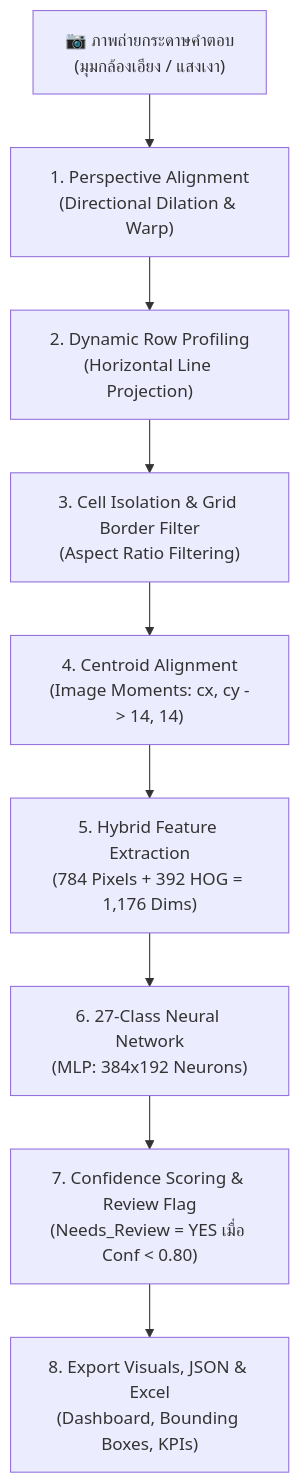
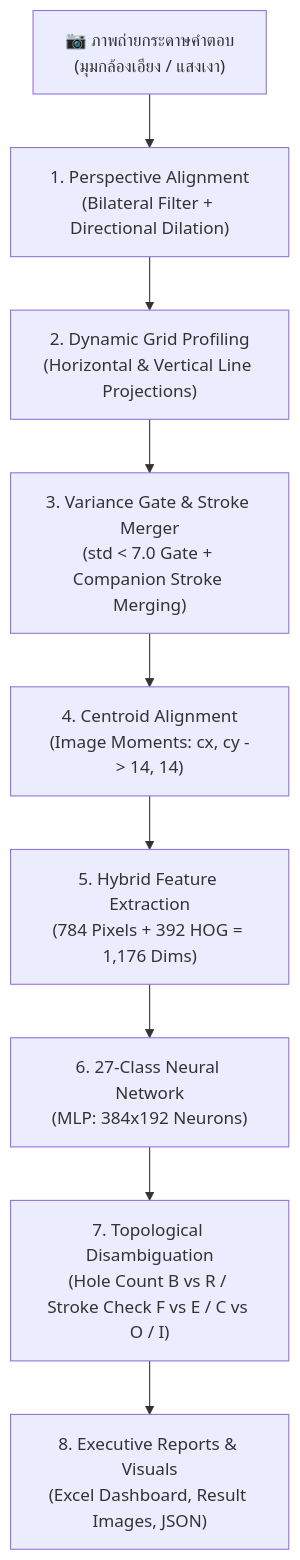
Before and after one commit to 67160213-ux/Project_CV: the diagram in README.md, drawn with Mermaid. The commit also changed other lines of this file and 12 other files, not shown here.

````diff
--- a/README.md
+++ b/README.md
@@ -35,11 +44,11 @@
 ```mermaid
 graph TD
-    A["📷 ภาพถ่ายกระดาษคำตอบ<br/>(มุมกล้องเอียง / แสงเงา)"] --> B["1. Perspective Alignment<br/>(Directional Dilation & Warp)"]
-    B --> C["2. Dynamic Row Profiling<br/>(Horizontal Line Projection)"]
-    C --> D["3. Cell Isolation & Grid Border Filter<br/>(Aspect Ratio Filtering)"]
+    A["📷 ภาพถ่ายกระดาษคำตอบ<br/>(มุมกล้องเอียง / แสงเงา)"] --> B["1. Perspective Alignment<br/>(Bilateral Filter + Directional Dilation)"]
+    B --> C["2. Dynamic Grid Profiling<br/>(Horizontal & Vertical Line Projections)"]
+    C --> D["3. Variance Gate & Stroke Merger<br/>(std < 7.0 Gate + Companion Stroke Merging)"]
     D --> E["4. Centroid Alignment<br/>(Image Moments: cx, cy -> 14, 14)"]
     E --> F["5. Hybrid Feature Extraction<br/>(784 Pixels + 392 HOG = 1,176 Dims)"]
     F --> G["6. 27-Class Neural Network<br/>(MLP: 384x192 Neurons)"]
-    G --> H["7. Confidence Scoring & Review Flag<br/>(Needs_Review = YES เมื่อ Conf < 0.80)"]
-    H --> I["8. Export Visuals, JSON & Excel<br/>(Dashboard, Bounding Boxes, KPIs)"]
+    G --> H["7. Topological Disambiguation<br/>(Hole Count B vs R / Stroke Check F vs E / C vs O / I)"]
+    H --> I["8. Executive Reports & Visuals<br/>(Excel Dashboard, Result Images, JSON)"]
 ```
````
